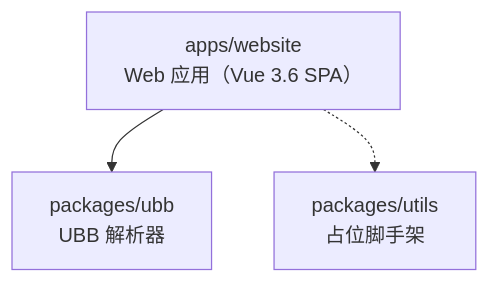
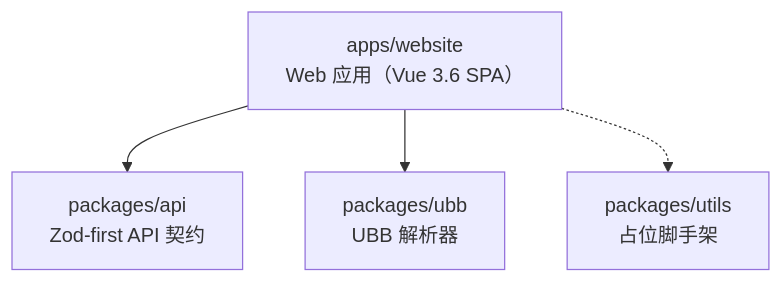
Before and after one commit to shellRaining/cc98: the second of 4 diagrams in ARCHITECTURE.md, drawn with Mermaid. The commit also changed other lines of this file and 118 other files, not shown here.

Commit message:
feat: 建立 Zod-first API 公共基础设施

````diff
--- a/ARCHITECTURE.md
+++ b/ARCHITECTURE.md
@@ -7,8 +23,10 @@
 ```mermaid
 graph TD
   website["apps/website<br/>Web 应用（Vue 3.6 SPA）"]
+  api["packages/api<br/>Zod-first API 契约"]
   ubb["packages/ubb<br/>UBB 解析器"]
   utils["packages/utils<br/>占位脚手架"]
+  website --> api
   website --> ubb
   website -.-> utils
 ```
````
